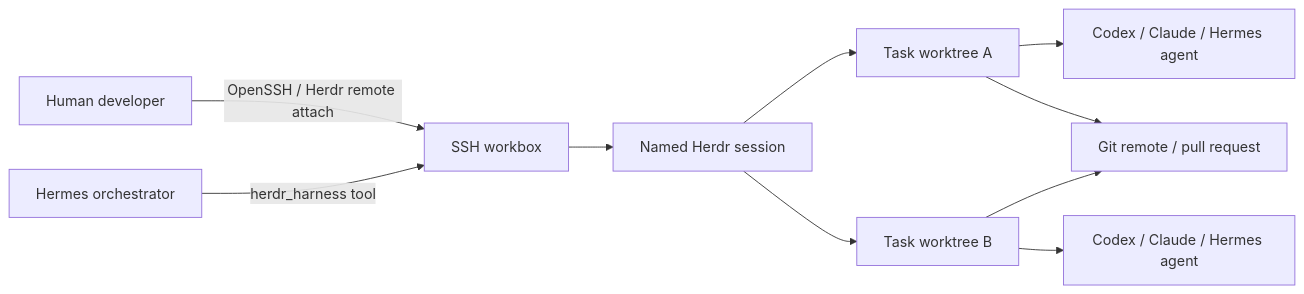
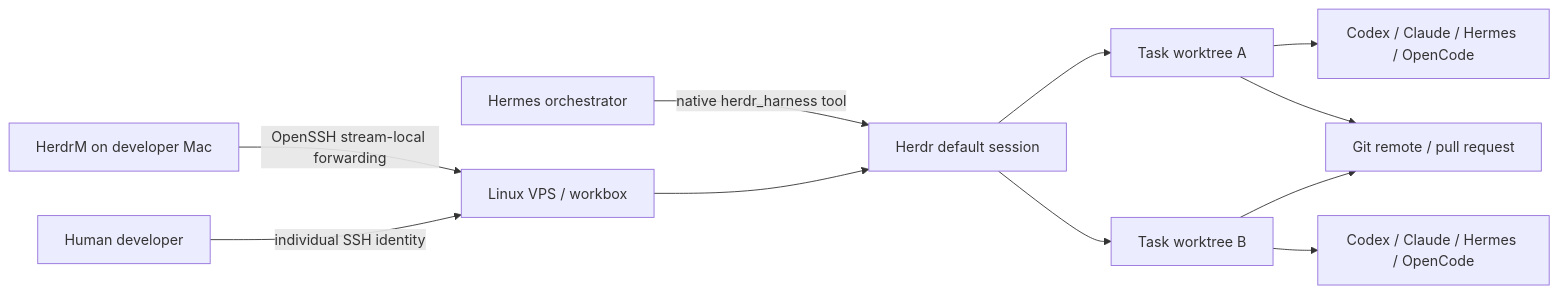
One commit to csorodrigo/hermes-agent changed the diagram in docs/herdr-hermes-team-harness.md. Above: the diagram before and after it, drawn with Mermaid. The commit also changed other lines of this file, not shown here.

Commit message:
docs(herdrm): align harness architecture and team access

````diff
--- a/docs/herdr-hermes-team-harness.md
+++ b/docs/herdr-hermes-team-harness.md
@@ -7,12 +11,13 @@
 ```mermaid
 flowchart LR
-    H[Human developer] -->|OpenSSH / Herdr remote attach| S[SSH workbox]
-    M[Hermes orchestrator] -->|herdr_harness tool| S
-    S --> D[Named Herdr session]
+    HM[HerdrM on developer Mac] -->|OpenSSH stream-local forwarding| S[Linux VPS / workbox]
+    H[Human developer] -->|individual SSH identity| S
+    M[Hermes orchestrator] -->|native herdr_harness tool| D[Herdr default session]
+    S --> D
     D --> W1[Task worktree A]
     D --> W2[Task worktree B]
-    W1 --> A1[Codex / Claude / Hermes agent]
-    W2 --> A2[Codex / Claude / Hermes agent]
+    W1 --> A1[Codex / Claude / Hermes / OpenCode]
+    W2 --> A2[Codex / Claude / Hermes / OpenCode]
     W1 --> G[Git remote / pull request]
     W2 --> G
 ```
````
